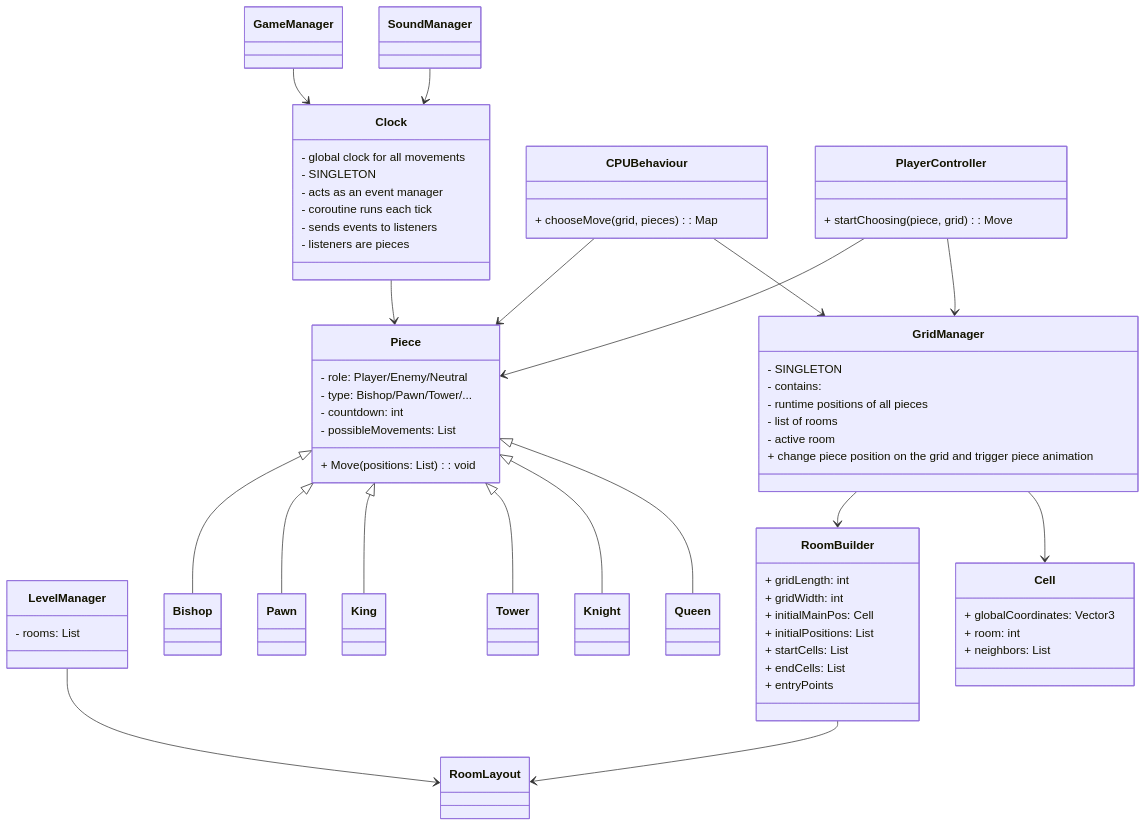
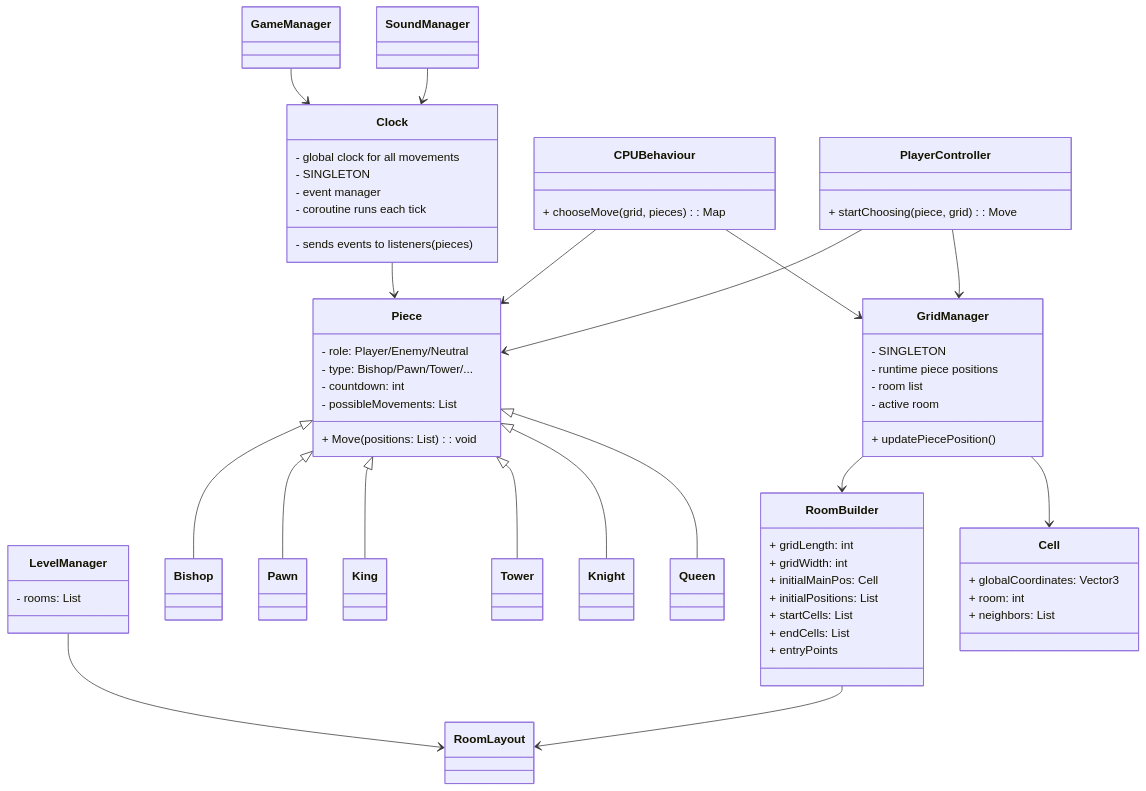
One commit to martinopiaggi/Gambetto changed the first of 2 diagrams in Docs/game design document.md. Above: the diagram before and after it, drawn with Mermaid. The commit also changed other lines of this file and 1 other file, not shown here.

Commit message:
DD and README updated

````diff
--- a/Docs/game design document.md
+++ b/Docs/game design document.md
@@ -101,19 +105,15 @@
 ```mermaid 
-
-classDiagram
+classDiagram 
     class GameManager
     class LevelManager
     class SoundManager
-
     class Clock {
         - global clock for all movements
         - SINGLETON
-        - acts as an event manager
+        - event manager
         - coroutine runs each tick
-        - sends events to listeners
-        - listeners are pieces
+        - sends events to listeners (pieces)
     }
-
     class Piece {
         - role: Player/Enemy/Neutral
         - type: Bishop/Pawn/Tower/...
@@ -121,31 +121,25 @@
         - possibleMovements: List<Vector2>
         + Move(positions: List<Vector2>): void
     }
-
     class Bishop
     class Pawn
     class King
     class Tower
     class Knight
     class Queen
-
     class CPUBehaviour {
         + chooseMove(grid, pieces): Map<Piece, Move>
     }
-
     class PlayerController {
         + startChoosing(piece, grid): Move
     }
-
     class GridManager {
         - SINGLETON
-        - contains:
-        - runtime positions of all pieces
-        - list of rooms
+        - runtime piece positions
+        - room list
         - active room
-        + change piece position on the grid and trigger piece animation
+        + updatePiecePosition()
     }
-
     class RoomBuilder {
         + gridLength: int
         + gridWidth: int
@@ -155,13 +149,11 @@
         + endCells: List
         + entryPoints
     }
-
     class Cell {
         + globalCoordinates: Vector3
         + room: int
         + neighbors: List<Cell>
     }
-
     class RoomLayout
     class LevelManager {
         - rooms: List<RoomLayout>
@@ -183,6 +175,5 @@
     PlayerController --> Piece
     GridManager --> RoomBuilder
     RoomBuilder --> RoomLayout
-    
     GridManager --> Cell
 ```
````
